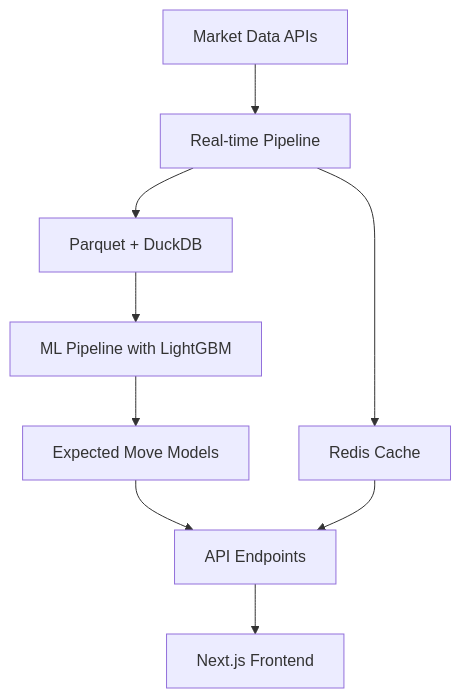
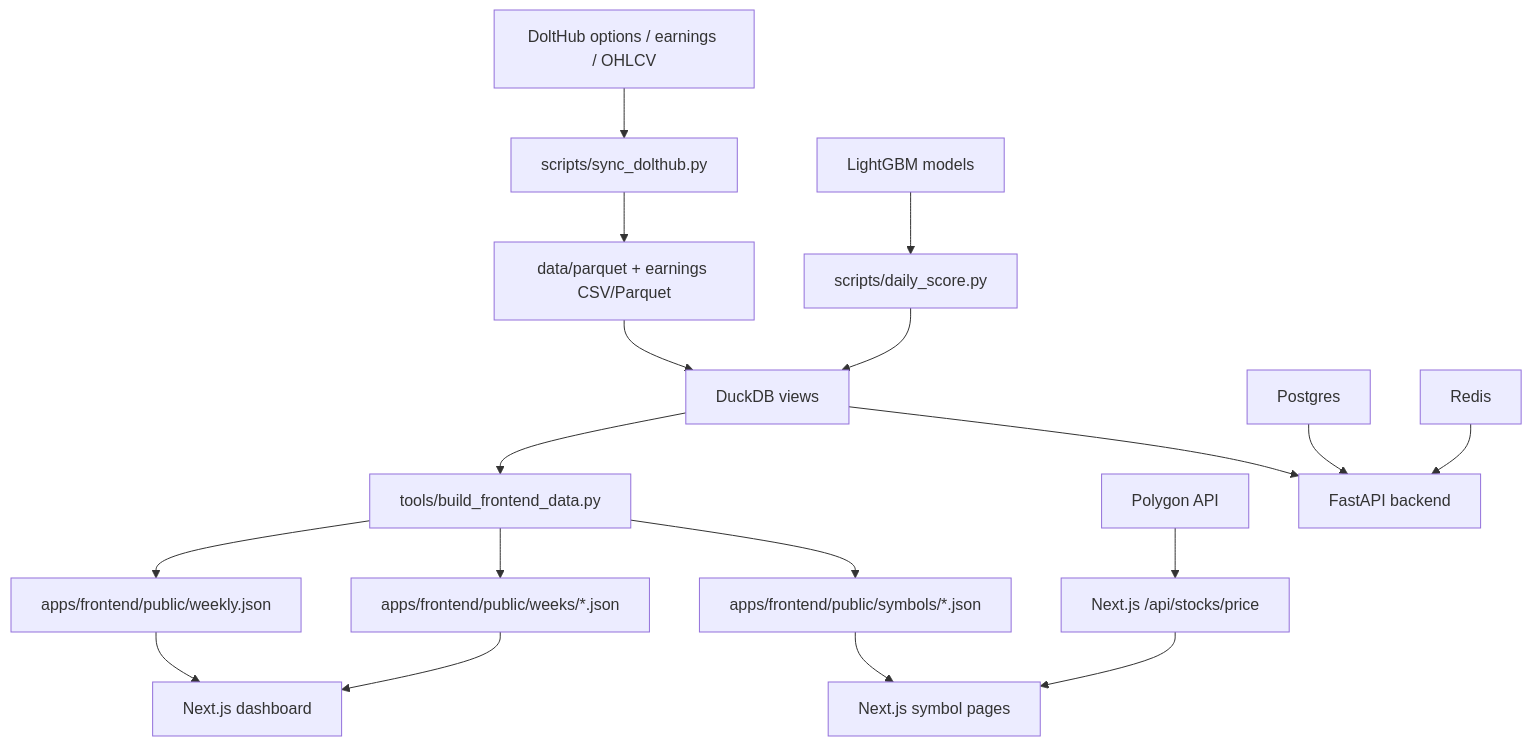
Before and after one commit to kenchengkc/quantiv: the diagram in README.md, drawn with Mermaid. The commit also changed other lines of this file, not shown here.

````diff
--- a/README.md
+++ b/README.md
@@ -71,11 +66,20 @@
 ```mermaid
 graph TD
-    A[Market Data APIs] --> B[Real-time Pipeline]
-    B --> C[Parquet + DuckDB]
-    B --> D[Redis Cache]
-    C --> E[ML Pipeline with LightGBM]
-    E --> F[Expected Move Models]
-    F --> G[API Endpoints]
-    G --> H[Next.js Frontend]
-    D --> G
+    A[DoltHub options / earnings / OHLCV] --> B[scripts/sync_dolthub.py]
+    B --> C[data/parquet + earnings CSV/Parquet]
+    C --> D[DuckDB views]
+    D --> E[tools/build_frontend_data.py]
+    E --> F[apps/frontend/public/weekly.json]
+    E --> G[apps/frontend/public/weeks/*.json]
+    E --> H[apps/frontend/public/symbols/*.json]
+    F --> I[Next.js dashboard]
+    G --> I
+    H --> J[Next.js symbol pages]
+    K[Polygon API] --> L[Next.js /api/stocks/price]
+    L --> J
+    D --> M[FastAPI backend]
+    N[Postgres] --> M
+    O[Redis] --> M
+    P[LightGBM models] --> Q[scripts/daily_score.py]
+    Q --> D
 ```
````
